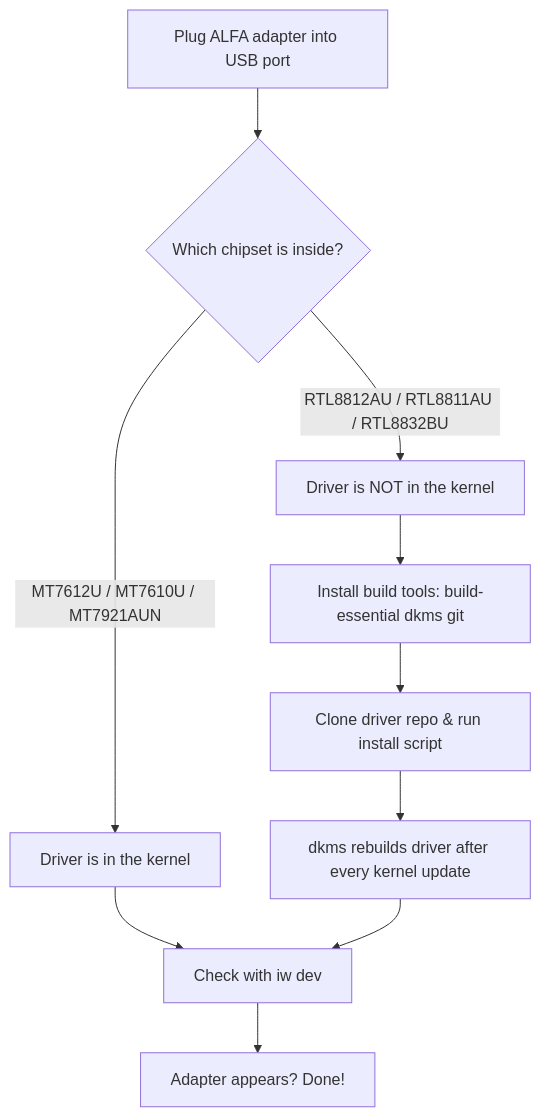
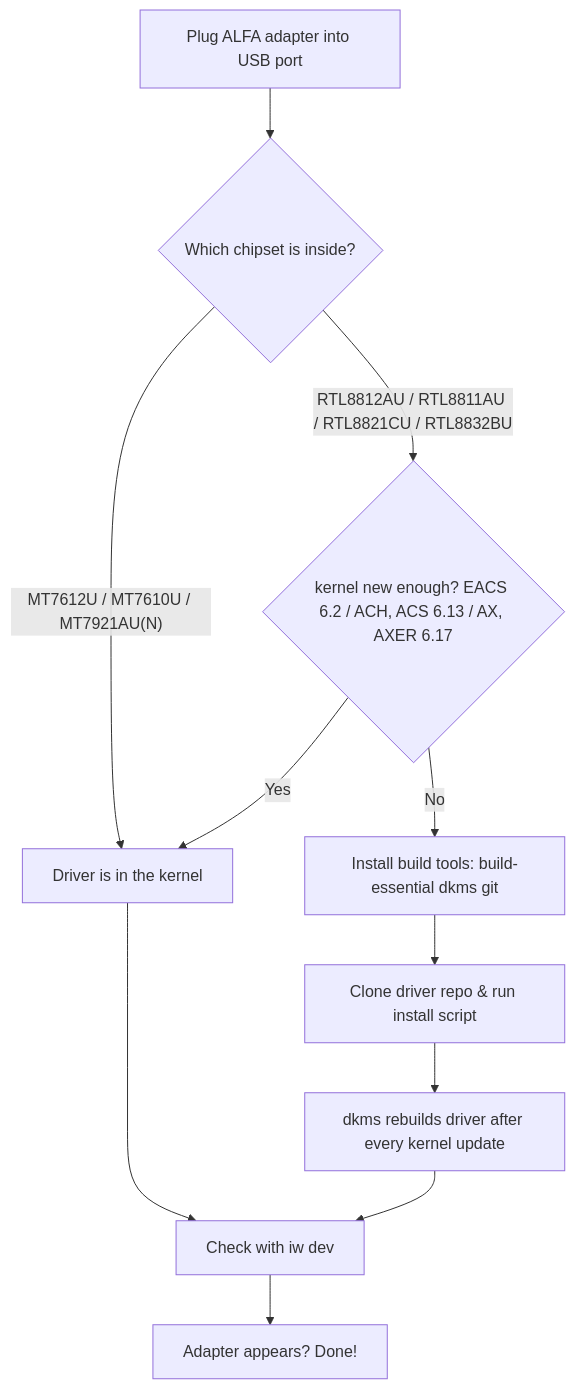
Before and after one commit to yopitek/yupitek-wiki: the diagram in i18n/zh-TW/docusaurus-plugin-content-docs/current/01-alfa-network/linux-setup-ubuntu.md, drawn with Mermaid. The commit also changed other lines of this file and 108 other files, not shown here.

````diff
--- a/i18n/zh-TW/docusaurus-plugin-content-docs/current/01-alfa-network/linux-setup-ubuntu.md
+++ b/i18n/zh-TW/docusaurus-plugin-content-docs/current/01-alfa-network/linux-setup-ubuntu.md
@@ -23,12 +23,13 @@
 ```mermaid
 flowchart TD
     A["Plug ALFA adapter into USB port"] --> B{"Which chipset is inside?"}
-    B -->|"MT7612U / MT7610U / MT7921AUN"| C["Driver is in the kernel"]
-    B -->|"RTL8812AU / RTL8811AU / RTL8832BU"| D["Driver is NOT in the kernel"]
+    B -->|"MT7612U / MT7610U / MT7921AU(N)"| C["Driver is in the kernel"]
+    B -->|"RTL8812AU / RTL8811AU / RTL8821CU / RTL8832BU"| D{"kernel new enough? EACS 6.2 / ACH, ACS 6.13 / AX, AXER 6.17"}
+    D -->|"Yes"| C
+    D -->|"No"| G["Install build tools: build-essential dkms git"]
     C --> E["Check with iw dev"]
     E --> F["Adapter appears? Done!"]
-    D --> G["Install build tools: build-essential dkms git"]
     G --> H["Clone driver repo & run install script"]
     H --> I["dkms rebuilds driver after every kernel update"]
     I --> E
 ```
````
